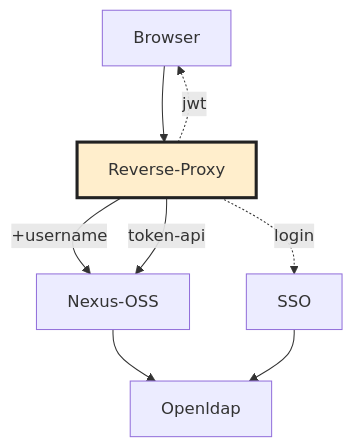
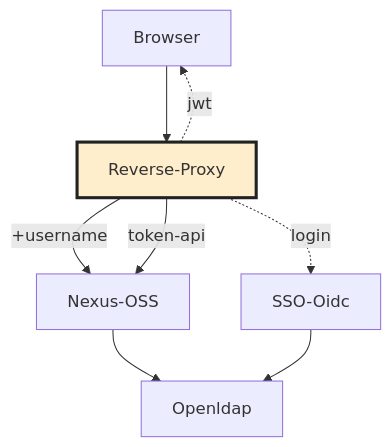
The diagram in readme.md (chdeul/oidc_reverse_proxy), drawn with Mermaid before and after one commit.

Commit message:
readme adjustements

````diff
--- a/readme.md
+++ b/readme.md
@@ -19,11 +19,11 @@
 ```mermaid
 graph TD;
     Browser --> Reverse-Proxy;
     Reverse-Proxy -.->|jwt| Browser;
-    Reverse-Proxy -.->|login| SSO;
+    Reverse-Proxy -.->|login| SSO-Oidc;
     Reverse-Proxy --+username--> Nexus-OSS; 
     Reverse-Proxy --token-api--> Nexus-OSS;   
     Nexus-OSS --> Openldap;
-    SSO --> Openldap
+    SSO-Oidc --> Openldap
     style Reverse-Proxy fill:#fec,stroke:#222,stroke-width:3px
 ```
````
